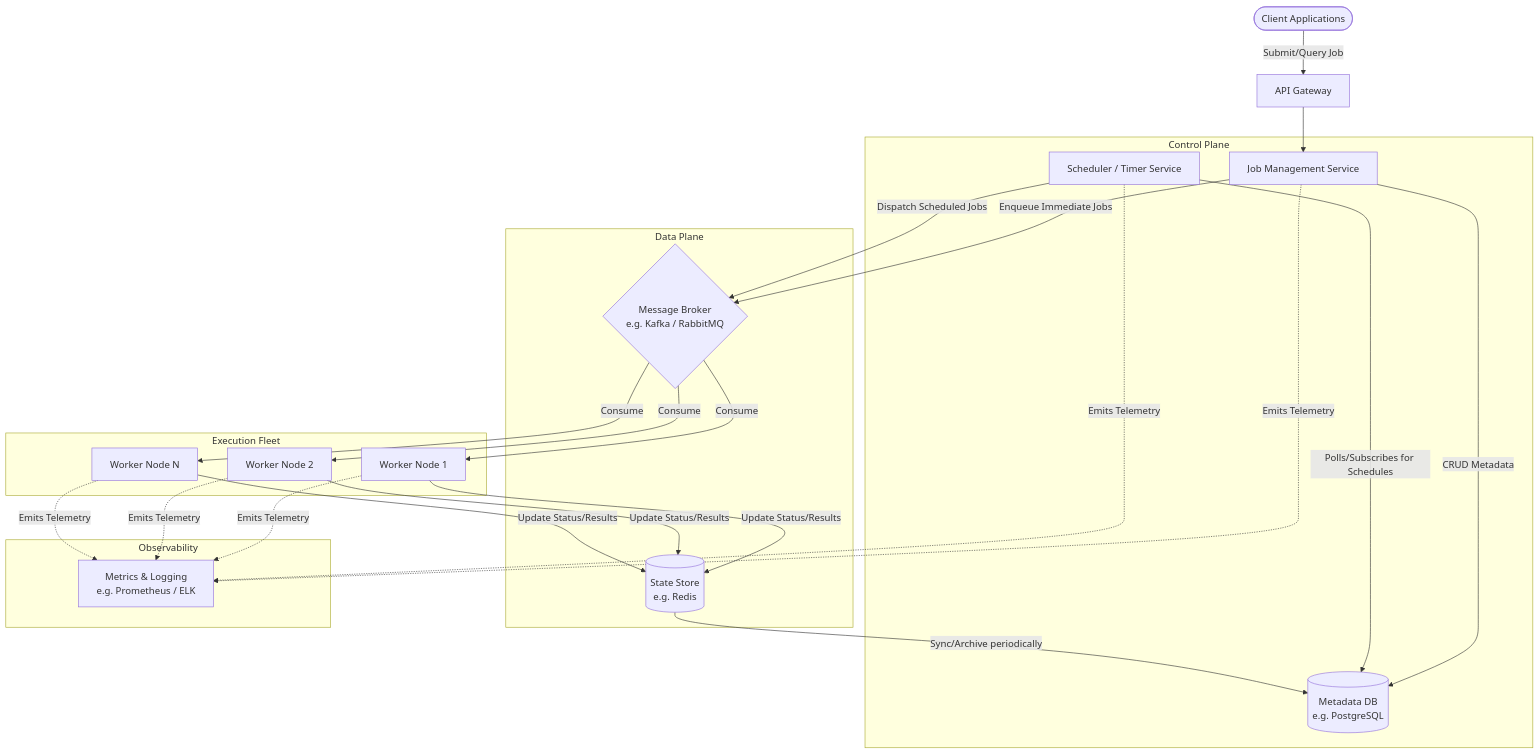
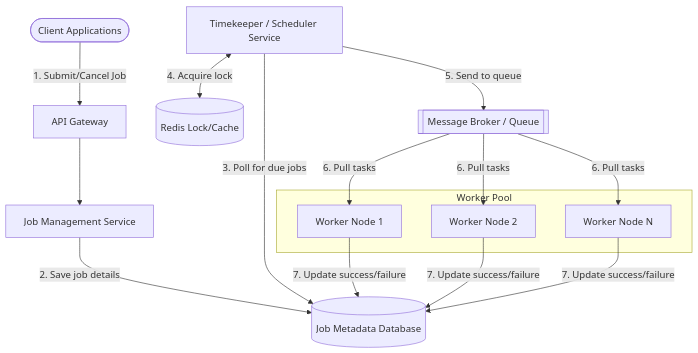
The diagram in Design_a_System_to_Schedule_Jobs_in_a_Distributed_Environment.md (AdrianTorjKobza/System_Design), drawn with Mermaid before and after one commit. The commit also changed other lines of this file, not shown here.

````diff
--- a/Design_a_System_to_Schedule_Jobs_in_a_Distributed_Environment.md
+++ b/Design_a_System_to_Schedule_Jobs_in_a_Distributed_Environment.md
@@ -9,52 +10,34 @@
 ```mermaid
 graph TD
     %% Define Entities
     Client([Client Applications])
-    API[API Gateway]
+    APIGW[API Gateway]
+    JobAPI[Job Management Service]
+    Scheduler[Timekeeper / Scheduler Service]
+    Redis[(Redis Lock/Cache)]
+    DB[(Job Metadata Database)]
+    MQ[[Message Broker / Queue]]
     
-    subgraph Control Plane
-        JobService[Job Management Service]
-        TimerService[Scheduler / Timer Service]
-        MetaDB[(Metadata DB <br/> e.g. PostgreSQL)]
-    end
-    
-    subgraph Data Plane
-        Queue{Message Broker <br/> e.g. Kafka / RabbitMQ}
-        StateStore[(State Store <br/> e.g. Redis)]
-    end
-    
-    subgraph Execution Fleet
+    subgraph Worker Pool
         Worker1[Worker Node 1]
         Worker2[Worker Node 2]
         WorkerN[Worker Node N]
     end
-    
-    subgraph Observability
-        Monitoring[Metrics & Logging <br/> e.g. Prometheus / ELK]
-    end
 
     %% Define Connections
-    Client -->|Submit/Query Job| API
-    API --> JobService
-    JobService -->|CRUD Metadata| MetaDB
-    JobService -->|Enqueue Immediate Jobs| Queue
+    Client -->|1. Submit/Cancel Job| APIGW
+    APIGW --> JobAPI
+    JobAPI -->|2. Save job details| DB
     
-    TimerService -->|Polls/Subscribes for Schedules| MetaDB
-    TimerService -->|Dispatch Scheduled Jobs| Queue
+    Scheduler -->|3. Poll for due jobs| DB
+    Scheduler <-->|4. Acquire lock| Redis
+    Scheduler -->|5. Send to queue| MQ
     
-    Queue -->|Consume| Worker1
-    Queue -->|Consume| Worker2
-    Queue -->|Consume| WorkerN
+    MQ -->|6. Pull tasks| Worker1
+    MQ -->|6. Pull tasks| Worker2
+    MQ -->|6. Pull tasks| WorkerN
     
-    Worker1 -->|Update Status/Results| StateStore
-    Worker2 -->|Update Status/Results| StateStore
-    WorkerN -->|Update Status/Results| StateStore
-    
-    StateStore -->|Sync/Archive periodically| MetaDB
-    
-    Worker1 -.->|Emits Telemetry| Monitoring
-    Worker2 -.->|Emits Telemetry| Monitoring
-    WorkerN -.->|Emits Telemetry| Monitoring
-    JobService -.->|Emits Telemetry| Monitoring
-    TimerService -.->|Emits Telemetry| Monitoring
+    Worker1 -->|7. Update success/failure| DB
+    Worker2 -->|7. Update success/failure| DB
+    WorkerN -->|7. Update success/failure| DB
 ```
````
